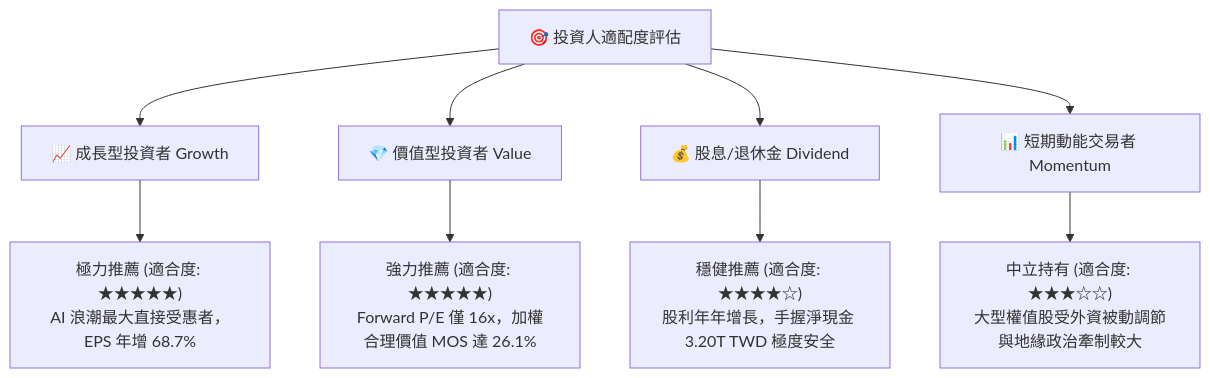
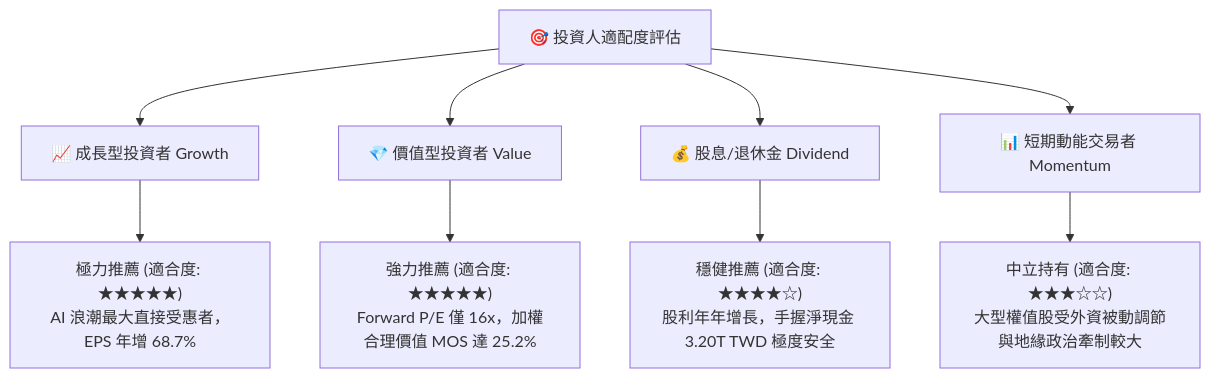
Diagram 15 of 15 in ai_gen_report/fundamental/2330.tw/fundamental_analysis_2026-10-23_gemini.md (yennanliu/finance_data), drawn with Mermaid before and after one commit. The commit also changed other lines of this file and 339 other files, not shown here.

````diff
--- a/ai_gen_report/fundamental/2330.tw/fundamental_analysis_2026-10-23_gemini.md
+++ b/ai_gen_report/fundamental/2330.tw/fundamental_analysis_2026-10-23_gemini.md
@@ -1064,14 +1064,14 @@
 ```mermaid
 graph TD
     INV["🎯 投資人適配度評估"]
 
     INV --> G["📈 成長型投資者 Growth"]
     INV --> V["💎 價值型投資者 Value"]
     INV --> D["💰 股息/退休金 Dividend"]
     INV --> T["📊 短期動能交易者 Momentum"]
 
     G --> G1["極力推薦 (適合度: ★★★★★)<br/>AI 浪潮最大直接受惠者，EPS 年增 68.7%"]
-    V --> V1["強力推薦 (適合度: ★★★★★)<br/>Forward P/E 僅 16x，加權合理價值 MOS 達 26.1%"]
+    V --> V1["強力推薦 (適合度: ★★★★★)<br/>Forward P/E 僅 16x，加權合理價值 MOS 達 25.2%"]
     D --> D1["穩健推薦 (適合度: ★★★★☆)<br/>股利年年增長，手握淨現金 3.20T TWD 極度安全"]
     T --> T1["中立持有 (適合度: ★★★☆☆)<br/>大型權值股受外資被動調節與地緣政治牽制較大"]
 ```
````
